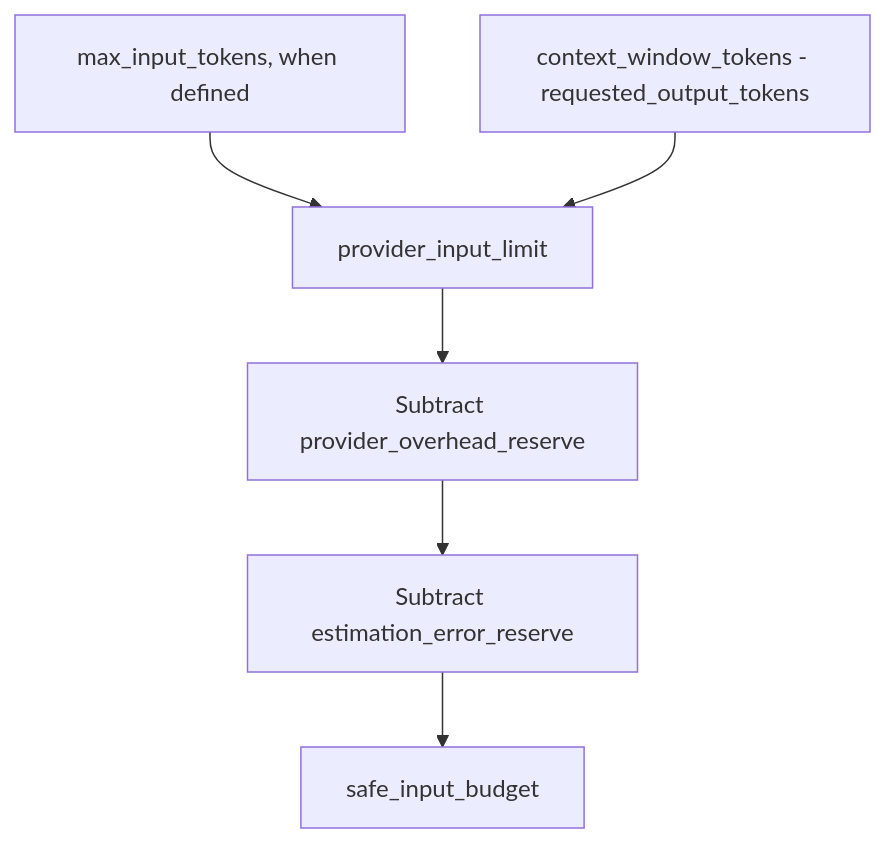
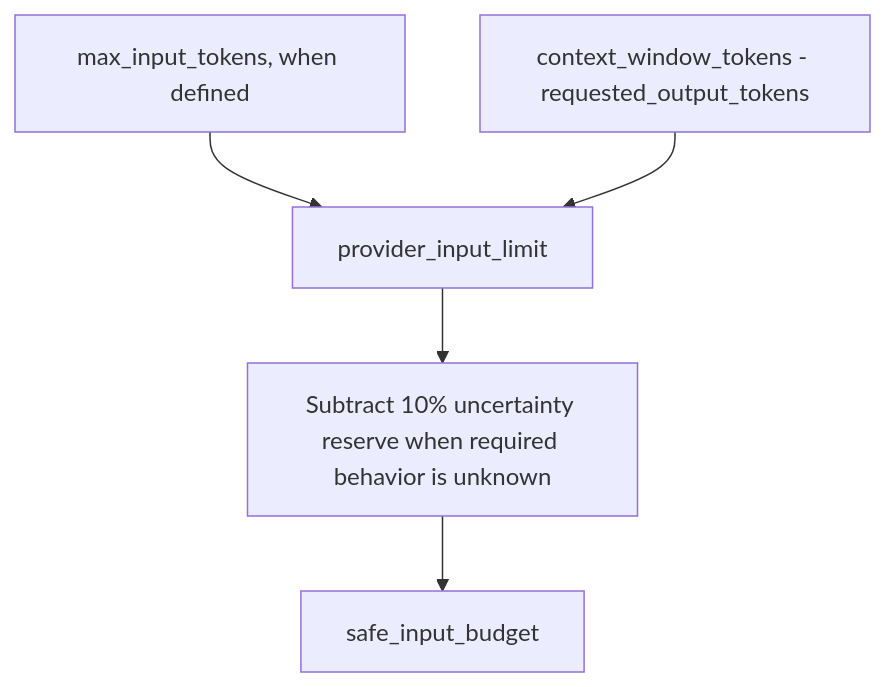
Before and after one commit to ModelEngine-Group/nexent: the second of 6 diagrams in doc/working/context-management-workstreams/context-management-production-plan.md, drawn with Mermaid. The commit also changed other lines of this file and 42 other files, not shown here.

````diff
--- a/doc/working/context-management-workstreams/context-management-production-plan.md
+++ b/doc/working/context-management-workstreams/context-management-production-plan.md
@@ -161,8 +203,7 @@
 ```mermaid
 flowchart TD
     A["max_input_tokens, when defined"] --> C["provider_input_limit"]
     B["context_window_tokens - requested_output_tokens"] --> C
-    C --> D["Subtract provider_overhead_reserve"]
-    D --> E["Subtract estimation_error_reserve"]
-    E --> F["safe_input_budget"]
+    C --> D["Subtract 10% uncertainty reserve when required behavior is unknown"]
+    D --> E["safe_input_budget"]
 ```
````
